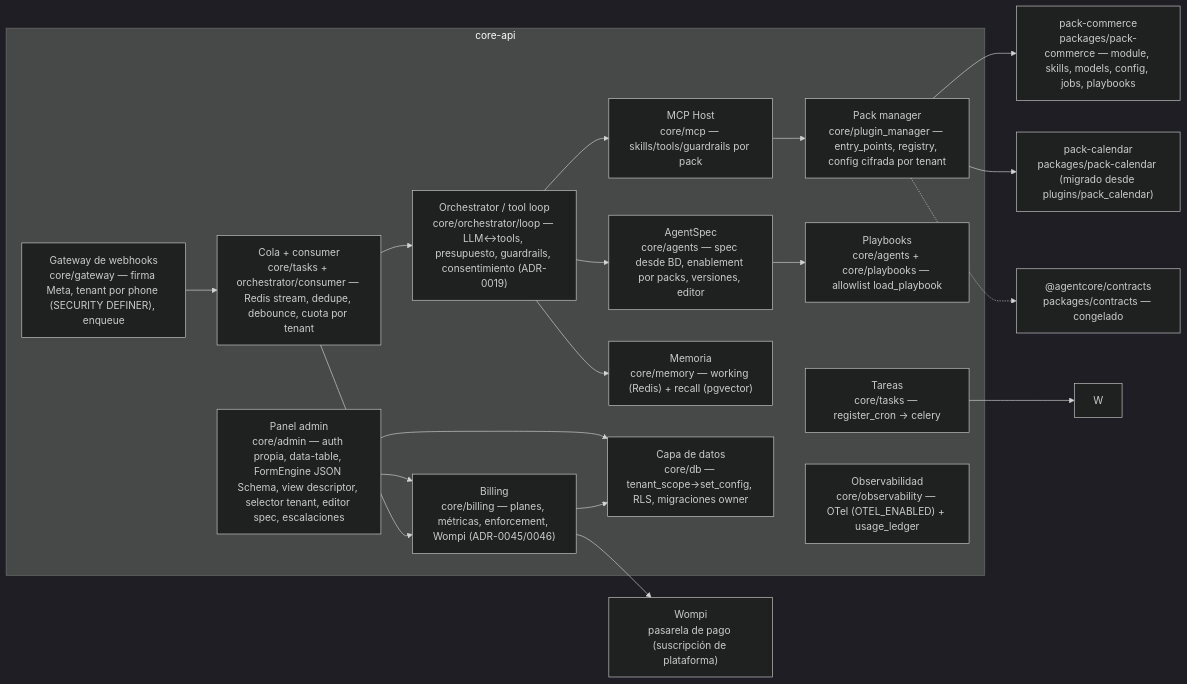
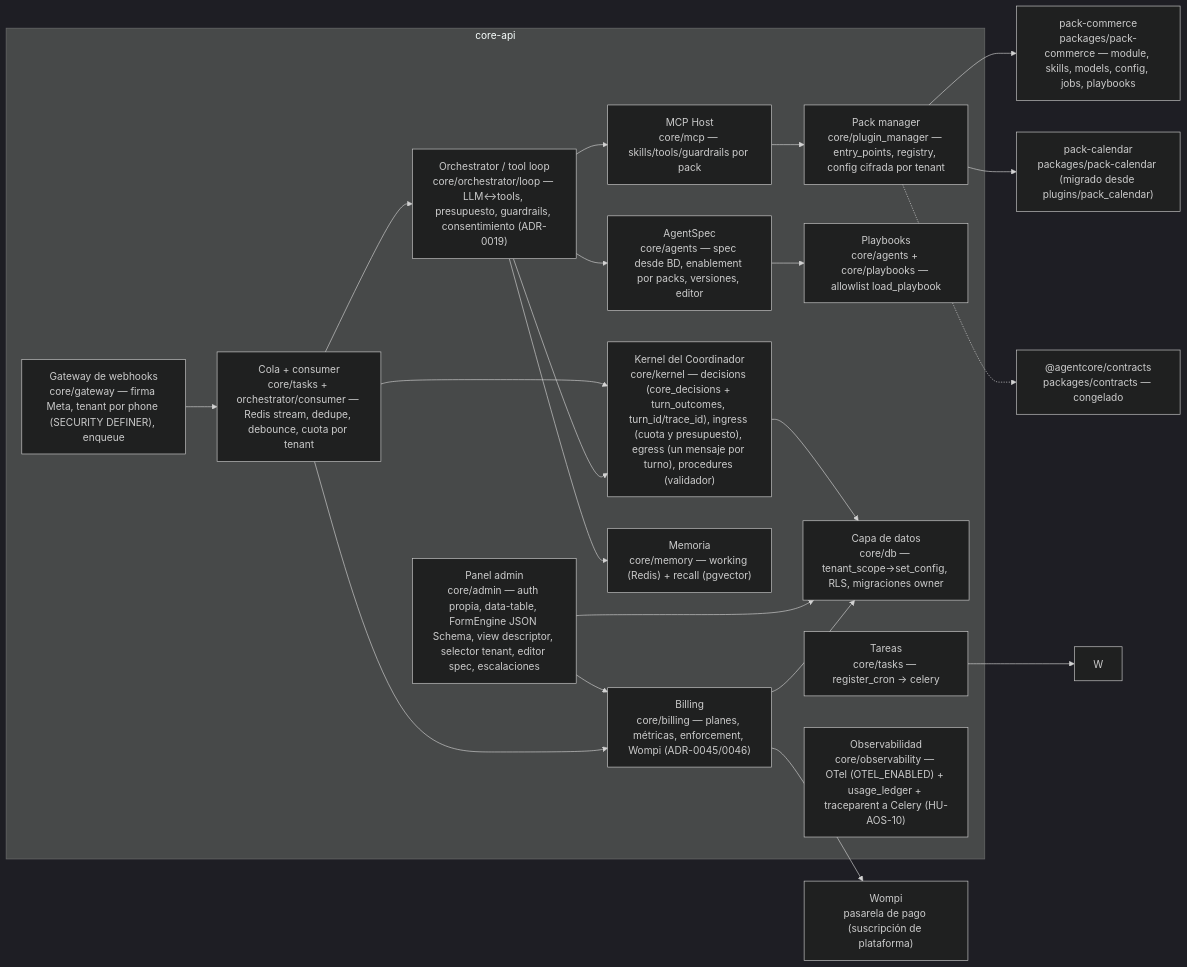
Before and after one commit to devrochy/agent-core: the third of 3 diagrams in docs/architecture/c4.md, drawn with Mermaid (dark theme). The commit also changed 20 other files, not shown here.

First line of the commit message:
feat(kernel): decisión y resultado de cada turno con turn_id y trazas (HU-AOS-10, parte 1)

````diff
--- a/docs/architecture/c4.md
+++ b/docs/architecture/c4.md
@@ -50,34 +50,38 @@
 ```mermaid
 graph LR
   subgraph API["core-api"]
     GW["Gateway de webhooks<br/>core/gateway — firma Meta, tenant por phone (SECURITY DEFINER), enqueue"]
     Q["Cola + consumer<br/>core/tasks + orchestrator/consumer — Redis stream, dedupe, debounce, cuota por tenant"]
     LP["Orchestrator / tool loop<br/>core/orchestrator/loop — LLM↔tools, presupuesto, guardrails, consentimiento (ADR-0019)"]
+    KER["Kernel del Coordinador<br/>core/kernel — decisions (core_decisions + turn_outcomes, turn_id/trace_id), ingress (cuota y presupuesto), egress (un mensaje por turno), procedures (validador)"]
     MCP["MCP Host<br/>core/mcp — skills/tools/guardrails por pack"]
     PM["Pack manager<br/>core/plugin_manager — entry_points, registry, config cifrada por tenant"]
     SP["AgentSpec<br/>core/agents — spec desde BD, enablement por packs, versiones, editor"]
     PL["Playbooks<br/>core/agents + core/playbooks — allowlist load_playbook"]
     MEM["Memoria<br/>core/memory — working (Redis) + recall (pgvector)"]
     ADM["Panel admin<br/>core/admin — auth propia, data-table, FormEngine JSON Schema, view descriptor, selector tenant, editor spec, escalaciones"]
     DB["Capa de datos<br/>core/db — tenant_scope→set_config, RLS, migraciones owner"]
     BIL["Billing<br/>core/billing — planes, métricas, enforcement, Wompi (ADR-0045/0046)"]
     TSK["Tareas<br/>core/tasks — register_cron → celery"]
-    OBS["Observabilidad<br/>core/observability — OTel (OTEL_ENABLED) + usage_ledger"]
+    OBS["Observabilidad<br/>core/observability — OTel (OTEL_ENABLED) + usage_ledger + traceparent a Celery (HU-AOS-10)"]
   end
   PC["pack-commerce<br/>packages/pack-commerce — module, skills, models, config, jobs, playbooks"]
   CAL["pack-calendar<br/>packages/pack-calendar (migrado desde plugins/pack_calendar)"]
   CT["@agentcore/contracts<br/>packages/contracts — congelado"]
   WPI["Wompi<br/>pasarela de pago (suscripción de plataforma)"]
   GW --> Q --> LP --> MCP --> PM
+  Q --> KER
+  LP --> KER
+  KER --> DB
   LP --> SP --> PL
   LP --> MEM
   ADM --> DB
   ADM --> BIL
   Q --> BIL
   BIL --> WPI
   BIL --> DB
   PM --> PC
   PM --> CAL
   PM -.-> CT
   TSK --> W
 ```
````
